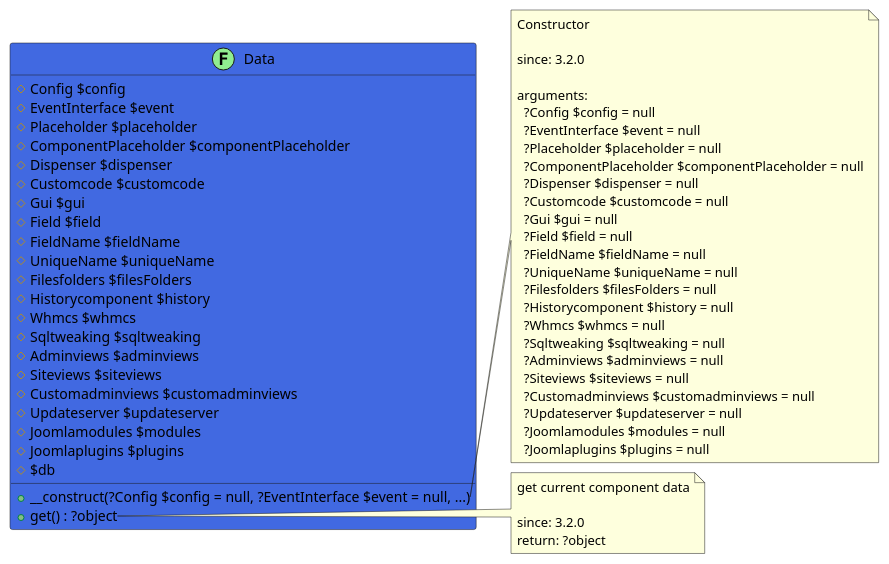
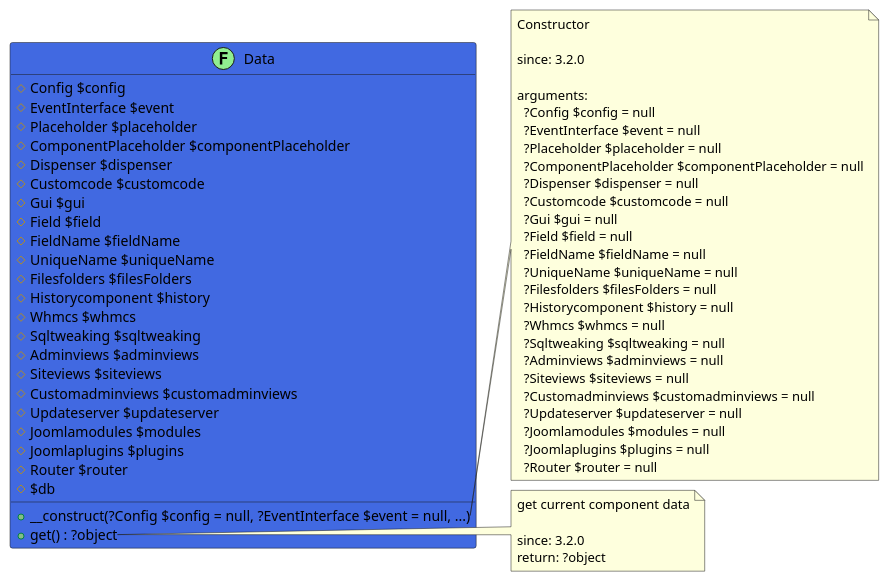
The diagram in src/ef9578e5-4c9d-46bf-866f-3a94bdc7b753/README.md (joomengine/jcb-compiler), drawn with PlantUML before and after one commit. The commit also changed 232 other files, not shown here.

````diff
--- a/src/ef9578e5-4c9d-46bf-866f-3a94bdc7b753/README.md
+++ b/src/ef9578e5-4c9d-46bf-866f-3a94bdc7b753/README.md
@@ -11,65 +11,67 @@
 ```uml
 @startuml
 class Data << (F,LightGreen) >> #RoyalBlue {
   # Config $config
   # EventInterface $event
   # Placeholder $placeholder
   # ComponentPlaceholder $componentPlaceholder
   # Dispenser $dispenser
   # Customcode $customcode
   # Gui $gui
   # Field $field
   # FieldName $fieldName
   # UniqueName $uniqueName
   # Filesfolders $filesFolders
   # Historycomponent $history
   # Whmcs $whmcs
   # Sqltweaking $sqltweaking
   # Adminviews $adminviews
   # Siteviews $siteviews
   # Customadminviews $customadminviews
   # Updateserver $updateserver
   # Joomlamodules $modules
   # Joomlaplugins $plugins
+  # Router $router
   # $db
   + __construct(?Config $config = null, ?EventInterface $event = null, ...)
   + get() : ?object
 }
 
 note right of Data::__construct
   Constructor
 
   since: 3.2.0
   
   arguments:
     ?Config $config = null
     ?EventInterface $event = null
     ?Placeholder $placeholder = null
     ?ComponentPlaceholder $componentPlaceholder = null
     ?Dispenser $dispenser = null
     ?Customcode $customcode = null
     ?Gui $gui = null
     ?Field $field = null
     ?FieldName $fieldName = null
     ?UniqueName $uniqueName = null
     ?Filesfolders $filesFolders = null
     ?Historycomponent $history = null
     ?Whmcs $whmcs = null
     ?Sqltweaking $sqltweaking = null
     ?Adminviews $adminviews = null
     ?Siteviews $siteviews = null
     ?Customadminviews $customadminviews = null
     ?Updateserver $updateserver = null
     ?Joomlamodules $modules = null
     ?Joomlaplugins $plugins = null
+    ?Router $router = null
 end note
 
 note right of Data::get
   get current component data
 
   since: 3.2.0
   return: ?object
 end note
  
 @enduml
 ```
````
